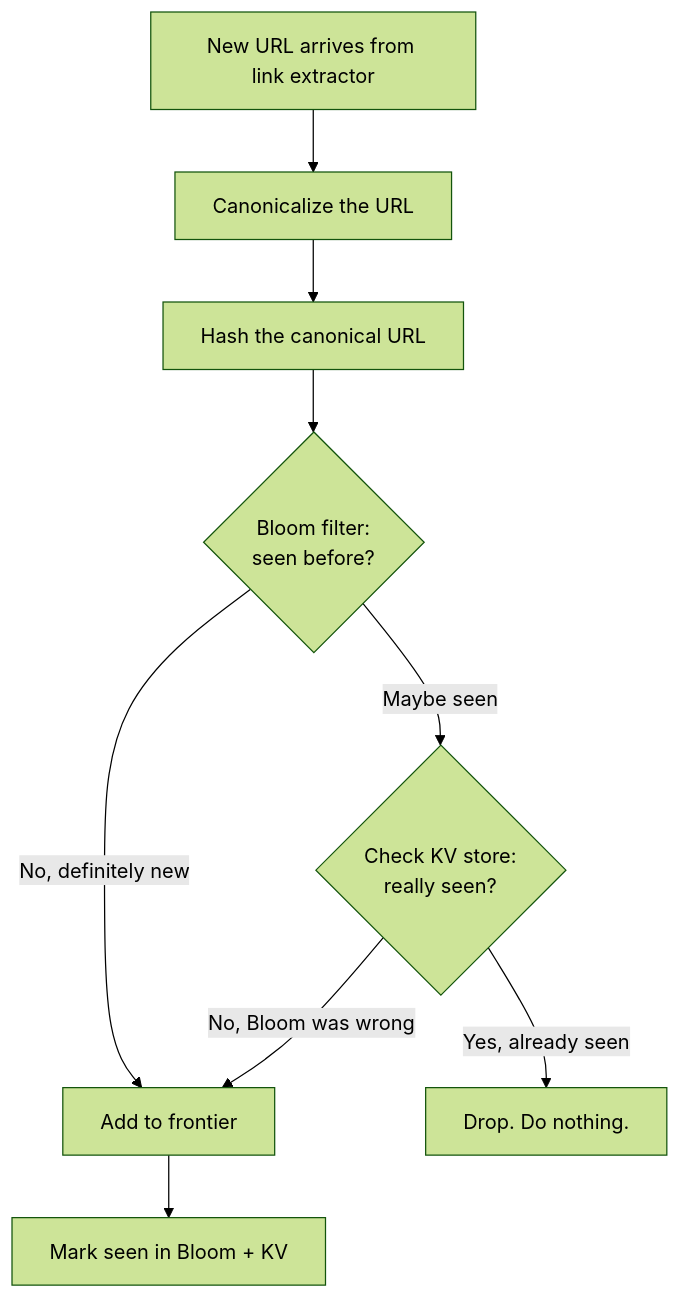
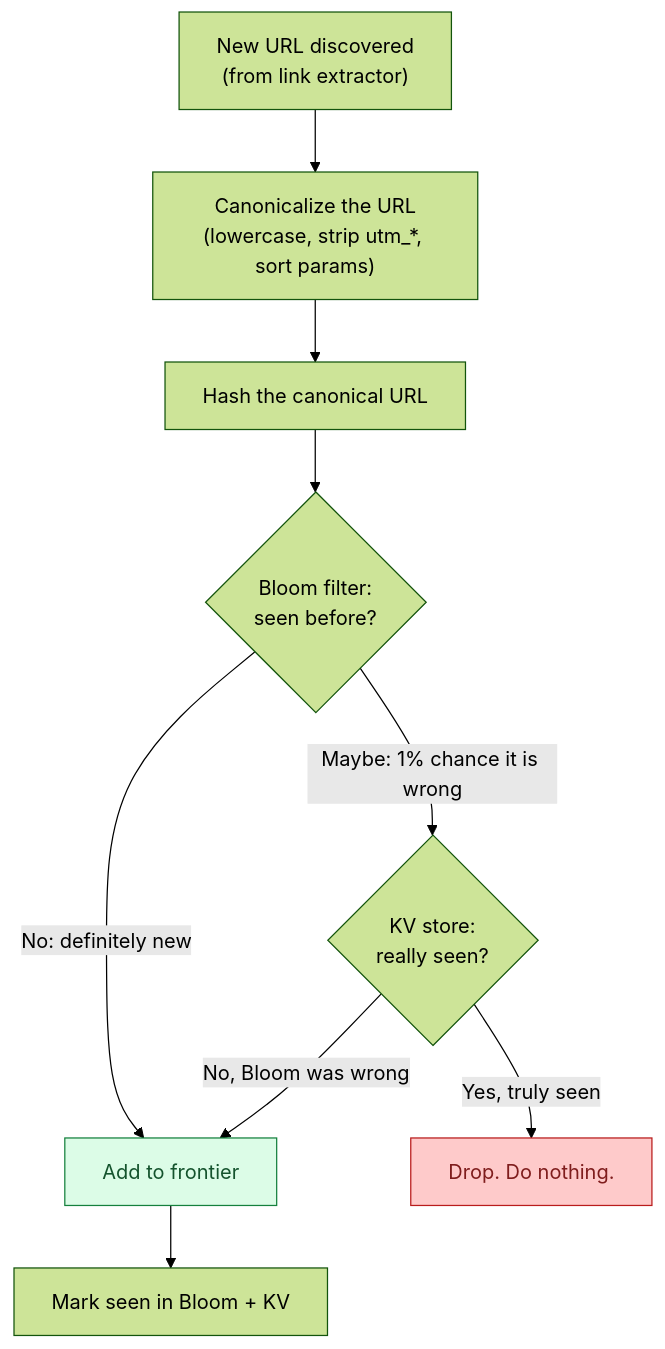
Before and after one commit to shiningflash/system-design: diagram 11 of 12 in problems/008-web-crawler/question.md, drawn with Mermaid (forest theme). The commit also changed other lines of this file and 38 other files, not shown here.

````diff
--- a/problems/008-web-crawler/question.md
+++ b/problems/008-web-crawler/question.md
@@ -196,11 +517,14 @@
 ```mermaid
 flowchart TD
-    A[New URL arrives from link extractor] --> B[Canonicalize the URL]
-    B --> C[Hash the canonical URL]
-    C --> D{Bloom filter:<br/>seen before?}
-    D -->|No, definitely new| F[Add to frontier]
-    D -->|Maybe seen| E{Check KV store:<br/>really seen?}
-    E -->|Yes, already seen| G[Drop. Do nothing.]
-    E -->|No, Bloom was wrong| F
-    F --> H[Mark seen in Bloom + KV]
+    A["New URL discovered<br/>(from link extractor)"] --> B["Canonicalize the URL<br/>(lowercase, strip utm_*, sort params)"]
+    B --> C["Hash the canonical URL"]
+    C --> D{"Bloom filter:<br/>seen before?"}
+    D -->|"No: definitely new"| F["Add to frontier"]:::ok
+    D -->|"Maybe: 1% chance it is wrong"| E{"KV store:<br/>really seen?"}
+    E -->|"Yes, truly seen"| G["Drop. Do nothing."]:::bad
+    E -->|"No, Bloom was wrong"| F
+    F --> H["Mark seen in Bloom + KV"]
+
+    classDef ok fill:#dcfce7,stroke:#15803d,color:#14532d
+    classDef bad fill:#fecaca,stroke:#b91c1c,color:#7f1d1d
 ```
````
